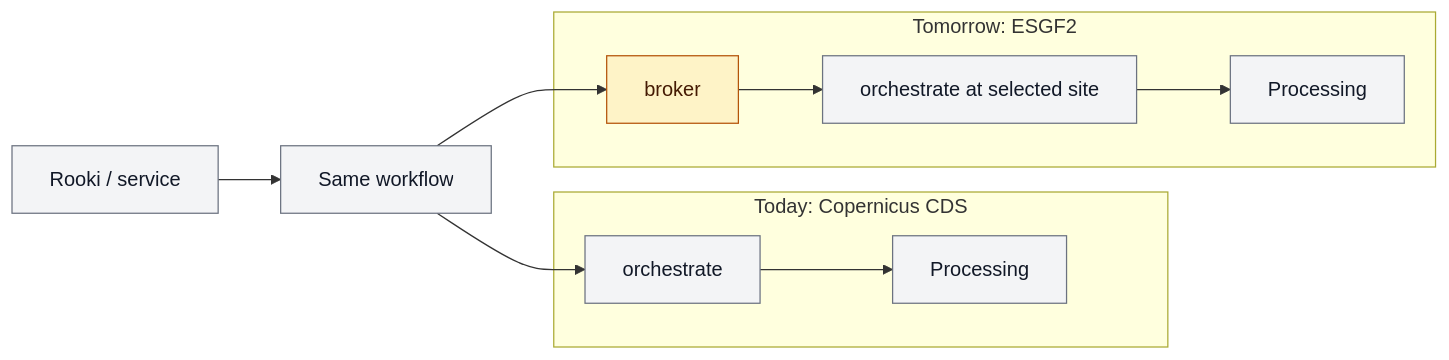
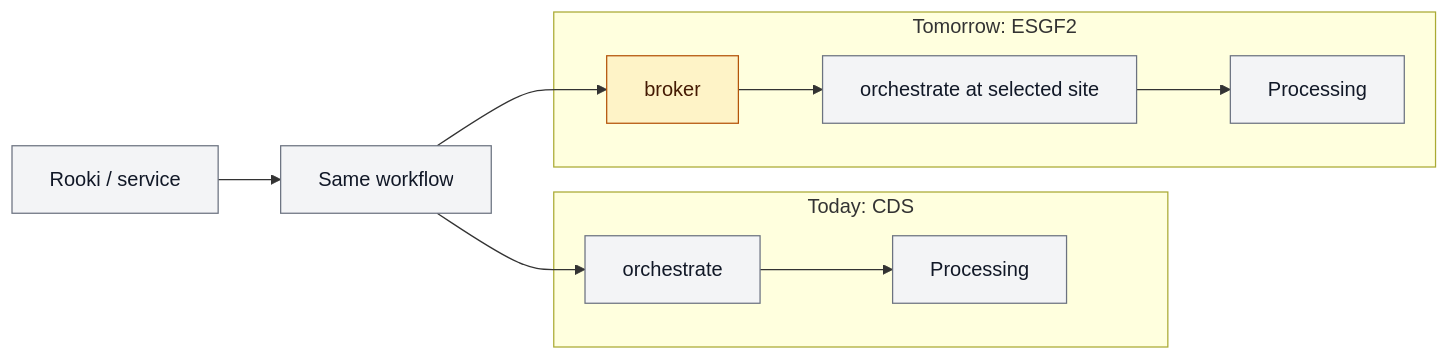
One commit to roocs/rook changed the sixth of 10 diagrams in Rook_WPS_ESGF2_talk_draft.md. Above: the diagram before and after it, drawn with Mermaid. The commit also changed other lines of this file and 2 other files, not shown here.

````diff
--- a/Rook_WPS_ESGF2_talk_draft.md
+++ b/Rook_WPS_ESGF2_talk_draft.md
@@ -303,20 +311,20 @@
 ```mermaid
 flowchart LR
     Client["Rooki / service"] --> Workflow["Same workflow"]
 
-    subgraph CDS["Today: Copernicus CDS"]
+    subgraph CDS["Today: CDS"]
         OrchestrateCDS["orchestrate"] --> ProcessingCDS["Processing"]
     end
 
     subgraph ESGF["Tomorrow: ESGF2"]
         Broker["broker"] --> OrchestrateESGF["orchestrate at selected site"]
         OrchestrateESGF --> ProcessingESGF["Processing"]
     end
 
     Workflow --> OrchestrateCDS
     Workflow --> Broker
 
     classDef default fill:#f3f4f6,stroke:#6b7280,color:#111827
     classDef new fill:#fef3c7,stroke:#b45309,color:#451a03
     class Broker new
 ```
````
